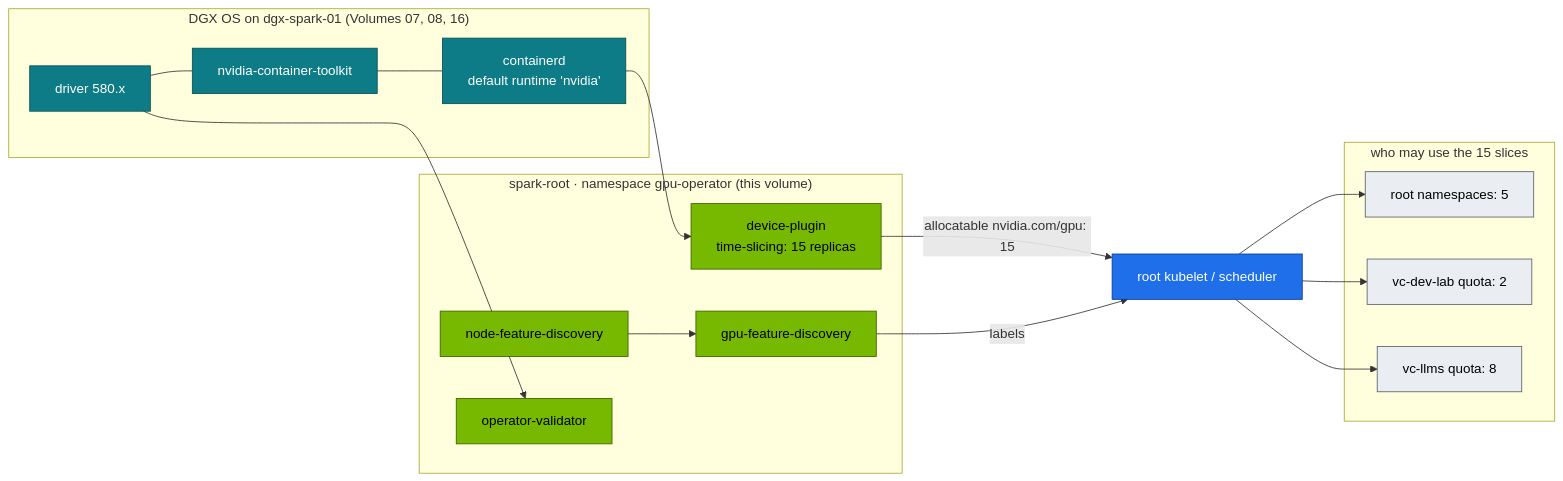
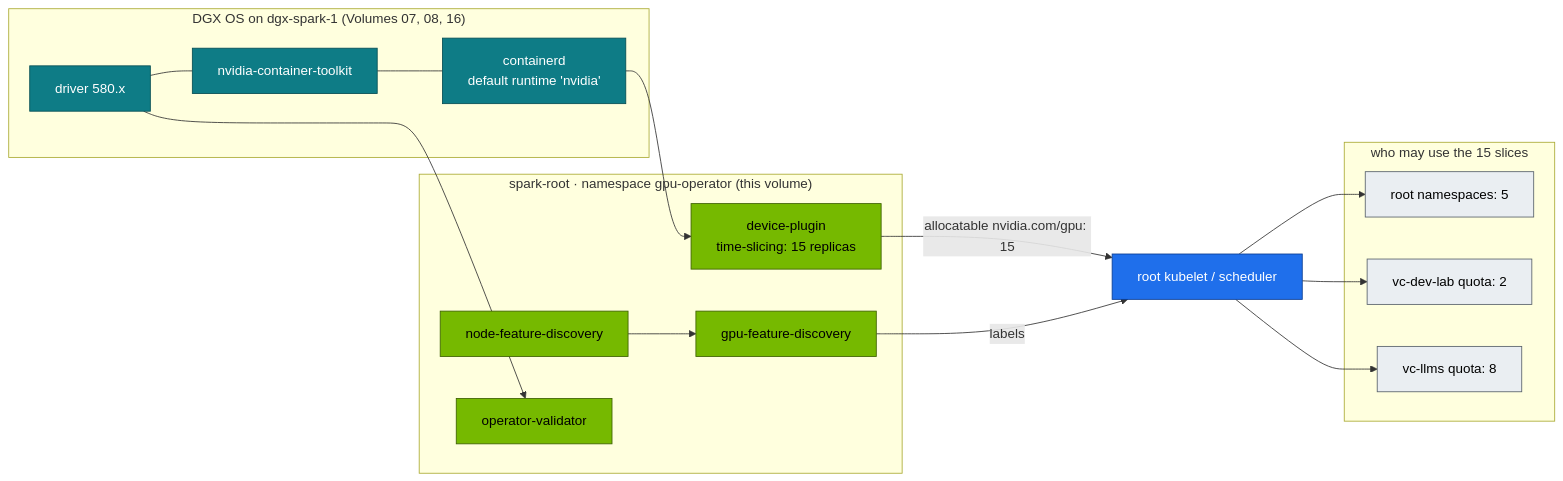
The diagram in 01 Ansible/17-nvidia-gpu-operator-helm-automation.md (cloudone365/technical-depth), drawn with Mermaid before and after one commit. The commit also changed other lines of this file and 91 other files, not shown here.

First line of the commit message:
Rename the Spark hosts to dgx-spark-1 / dgx-spark-2

````diff
--- a/01 Ansible/17-nvidia-gpu-operator-helm-automation.md
+++ b/01 Ansible/17-nvidia-gpu-operator-helm-automation.md
@@ -29,29 +29,29 @@
 ```mermaid
 flowchart LR
-  subgraph HOST["DGX OS on dgx-spark-01 (Volumes 07, 08, 16)"]
+  subgraph HOST["DGX OS on dgx-spark-1 (Volumes 07, 08, 16)"]
     DRV["driver 580.x"] --- TK["nvidia-container-toolkit"] --- RT["containerd<br/>default runtime 'nvidia'"]
   end
   subgraph OP["spark-root · namespace gpu-operator (this volume)"]
     NFD["node-feature-discovery"] --> GFD["gpu-feature-discovery"]
     DP["device-plugin<br/>time-slicing: 15 replicas"]
     VAL["operator-validator"]
   end
   subgraph BUD["who may use the 15 slices"]
     R["root namespaces: 5"]
     D["vc-dev-lab quota: 2"]
     L["vc-llms quota: 8"]
   end
   RT --> DP
   DRV --> VAL
   DP -->|"allocatable nvidia.com/gpu: 15"| K["root kubelet / scheduler"]
   GFD -->|labels| K
   K --> R & D & L
   classDef node fill:#0e7c86,stroke:#064e54,color:#fff
   classDef gpu fill:#76b900,stroke:#3d6000,color:#000
   classDef ctrl fill:#1f6feb,stroke:#0b3d91,color:#fff
   classDef tenant fill:#eaeef2,stroke:#57606a,color:#000
   class DRV,TK,RT node
   class NFD,GFD,DP,VAL gpu
   class K ctrl
   class R,D,L tenant
 ```
````
